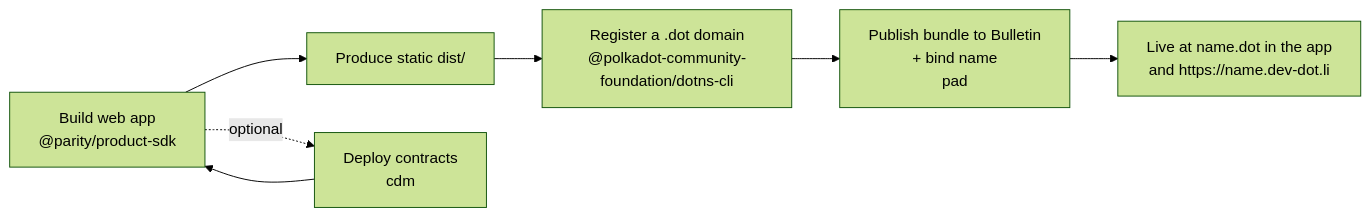
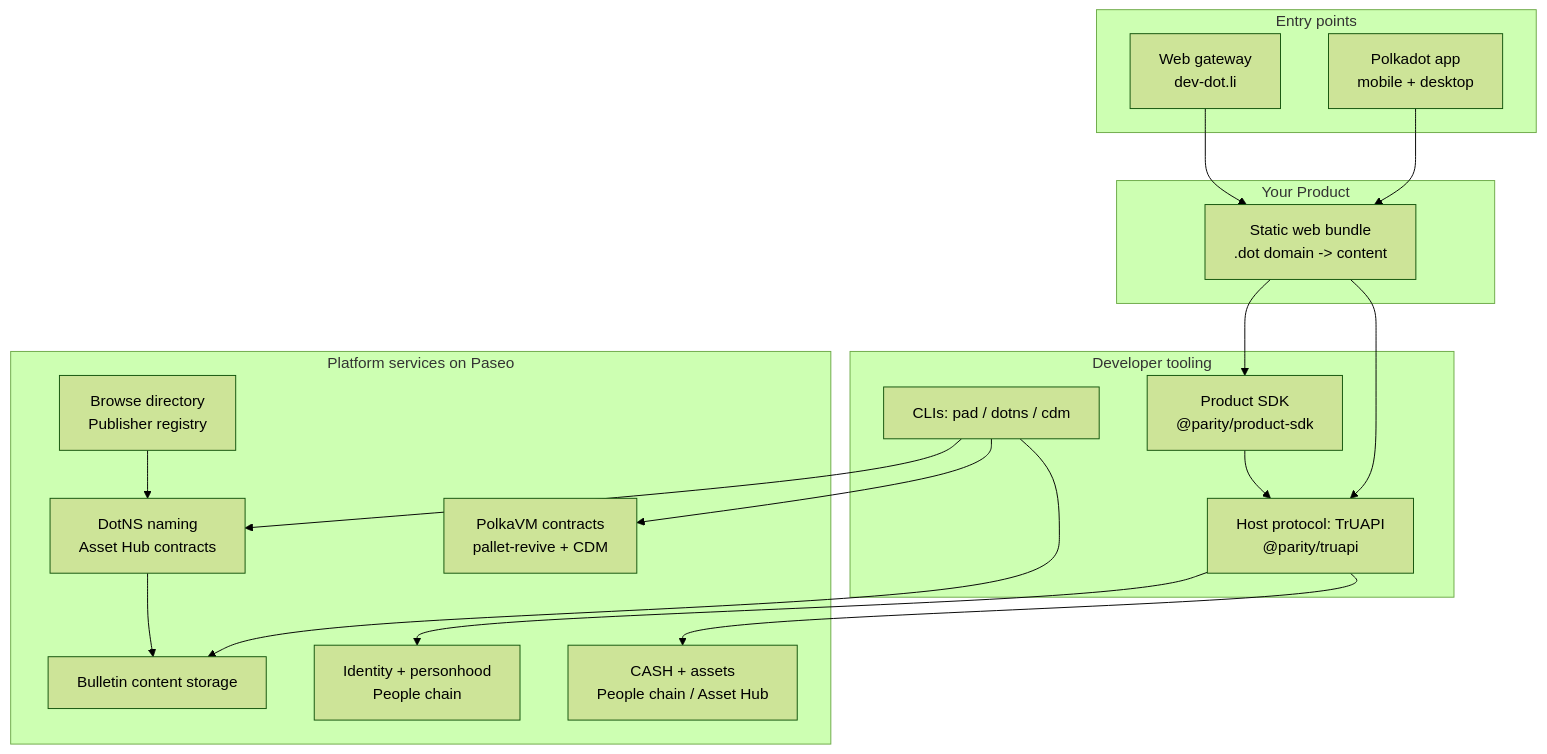
One commit to Polkadot-Community-Foundation/polkadot-app-docs changed the diagram in docs/getting-started/developers.md. Above: the diagram before and after it, drawn with Mermaid (forest theme). The commit also changed other lines of this file and 39 other files, not shown here.

````diff
--- a/docs/getting-started/developers.md
+++ b/docs/getting-started/developers.md
@@ -9,9 +24,35 @@
 ```mermaid
-flowchart LR
-  A[Build web app<br/>@parity/product-sdk] --> B[Produce static dist/]
-  B --> C[Register a .dot domain<br/>@polkadot-community-foundation/dotns-cli]
-  C --> D[Publish bundle to Bulletin<br/>+ bind name<br/>pad]
-  D --> E[Live at name.dot in the app<br/>and https://name.dev-dot.li]
-  A -. optional .-> F[Deploy contracts<br/>cdm]
-  F --> A
+flowchart TD
+  subgraph U[Entry points]
+    APP[Polkadot app<br/>mobile + desktop]
+    GW[Web gateway<br/>dev-dot.li]
+  end
+  subgraph D[Your Product]
+    BUNDLE[Static web bundle<br/>.dot domain -> content]
+  end
+  subgraph S[Developer tooling]
+    SDK[Product SDK<br/>@parity/product-sdk]
+    HOST[Host protocol: TrUAPI<br/>@parity/truapi]
+    CLIS[CLIs: pad / dotns / cdm]
+  end
+  subgraph P[Platform services on Paseo]
+    NAME[DotNS naming<br/>Asset Hub contracts]
+    STORE[Bulletin content storage]
+    ID[Identity + personhood<br/>People chain]
+    MONEY[CASH + assets<br/>People chain / Asset Hub]
+    CONTRACTS[PolkaVM contracts<br/>pallet-revive + CDM]
+    BROWSE[Browse directory<br/>Publisher registry]
+  end
+  APP --> BUNDLE
+  GW --> BUNDLE
+  BUNDLE --> HOST
+  BUNDLE --> SDK
+  SDK --> HOST
+  CLIS --> NAME
+  CLIS --> STORE
+  CLIS --> CONTRACTS
+  HOST --> ID
+  HOST --> MONEY
+  NAME --> STORE
+  BROWSE --> NAME
 ```
````
